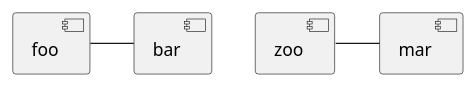
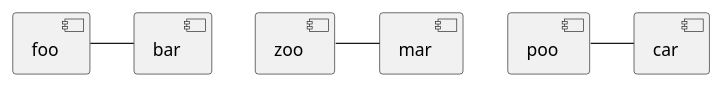
Before and after one commit to claytantor/aorbtest-uml: the diagram in newfile.puml, drawn with PlantUML.

Commit message:
lets see this baby

```diff
--- a/newfile.puml
+++ b/newfile.puml
@@ -1,4 +1,5 @@
 @startuml 
 [foo]-[bar] 
 [zoo]-[mar]
+[poo]-[car]
 @enduml
```
